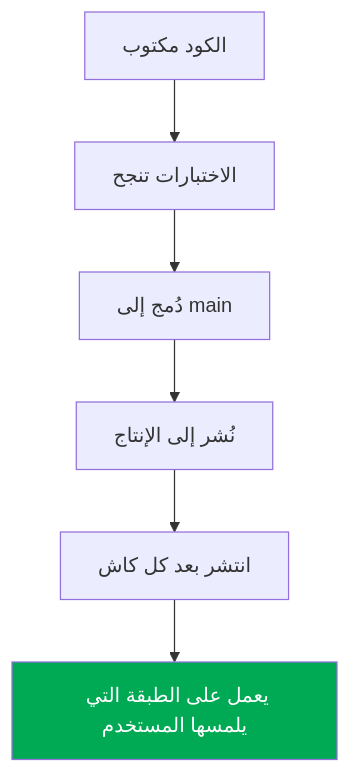
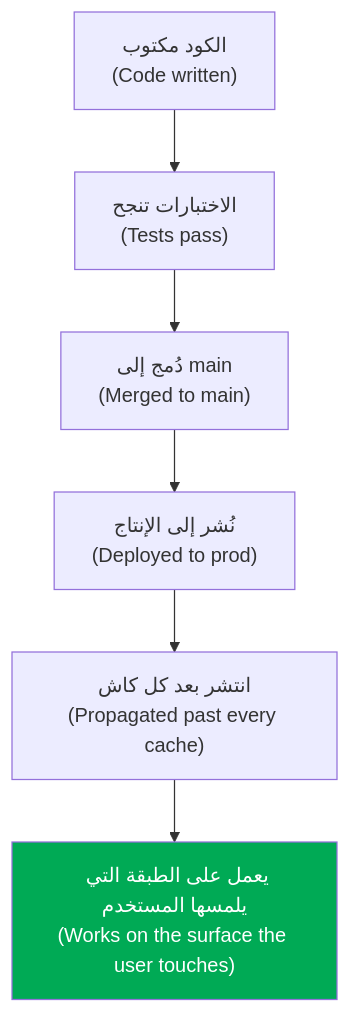
Before and after one commit to Tamoura/system-design-for-vibe-coders: the fourth of 8 diagrams in modules/09-directing-ai-team/module.ar.md, drawn with Mermaid. The commit also changed other lines of this file and 62 other files, not shown here.

First line of the commit message:
Arabic editions: English on every diagram label, RTL fixes, rebuild

````diff
--- a/modules/09-directing-ai-team/module.ar.md
+++ b/modules/09-directing-ai-team/module.ar.md
@@ -322,9 +322,9 @@
 ```mermaid
 flowchart TD
-    A["الكود مكتوب"] --> B["الاختبارات تنجح"]
-    B --> C["دُمج إلى main"]
-    C --> D["نُشر إلى الإنتاج"]
-    D --> E["انتشر بعد كل كاش"]
-    E --> F["يعمل على الطبقة التي يلمسها المستخدم"]
+    A["الكود مكتوب<br/>(Code written)"] --> B["الاختبارات تنجح<br/>(Tests pass)"]
+    B --> C["دُمج إلى main<br/>(Merged to main)"]
+    C --> D["نُشر إلى الإنتاج<br/>(Deployed to prod)"]
+    D --> E["انتشر بعد كل كاش<br/>(Propagated past every cache)"]
+    E --> F["يعمل على الطبقة التي يلمسها المستخدم<br/>(Works on the surface the user touches)"]
     style F fill:#0a5,color:#fff
 ```
````
